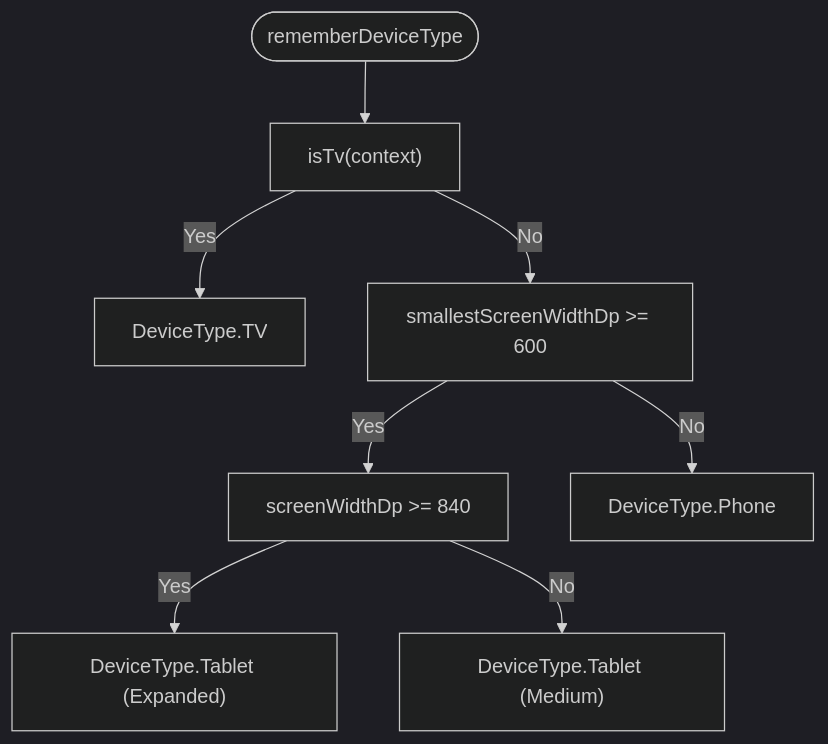
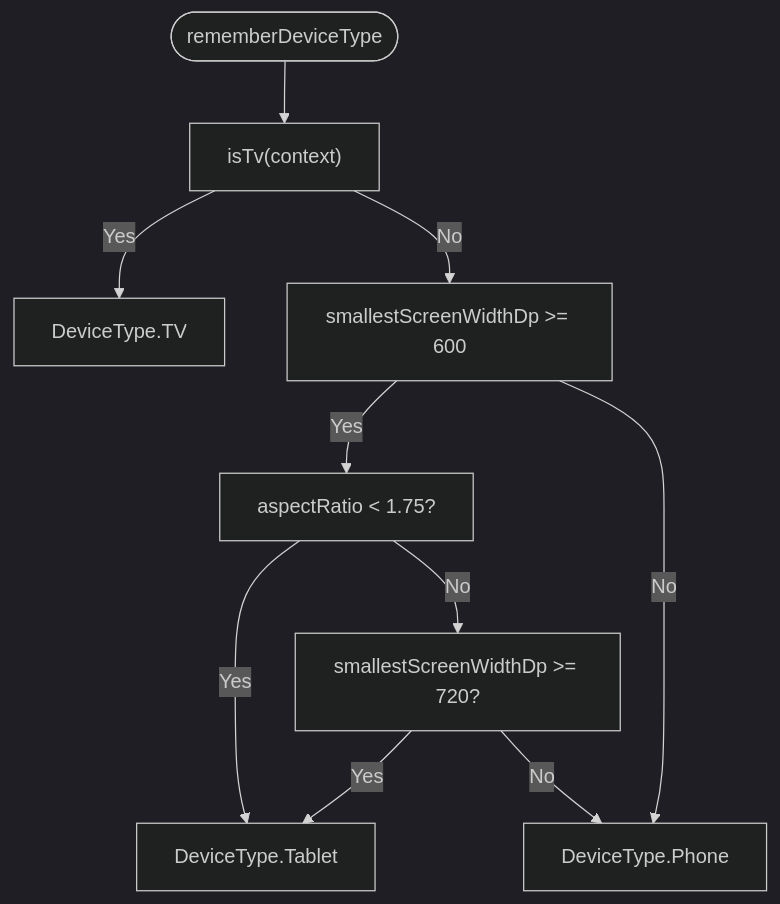
Before and after one commit to suvojeet-sengupta/SuvMusic: the third of 9 diagrams in docs/UI_UX System/Adaptive Layouts.md, drawn with Mermaid (dark theme). The commit also changed other lines of this file and 6 other files, not shown here.

````diff
--- a/docs/UI_UX System/Adaptive Layouts.md
+++ b/docs/UI_UX System/Adaptive Layouts.md
@@ -141,10 +142,12 @@
 ```mermaid
 flowchart TD
 Start(["rememberDeviceType"]) --> CheckTV["isTv(context)"]
 CheckTV --> |Yes| TV["DeviceType.TV"]
 CheckTV --> |No| CheckSW["smallestScreenWidthDp >= 600"]
-CheckSW --> |Yes| CheckWin["screenWidthDp >= 840"]
-CheckWin --> |Yes| Tablet["DeviceType.Tablet (Expanded)"]
-CheckWin --> |No| TabletMed["DeviceType.Tablet (Medium)"]
-CheckSW --> |No| Phone["DeviceType.Phone"]
+CheckSW --> |Yes| CheckAR["aspectRatio < 1.75?"]
+CheckAR --> |Yes| Tablet["DeviceType.Tablet"]
+CheckAR --> |No| CheckLarge["smallestScreenWidthDp >= 720?"]
+CheckLarge --> |Yes| Tablet
+CheckLarge --> |No| Phone["DeviceType.Phone"]
+CheckSW --> |No| Phone
 ```
````
